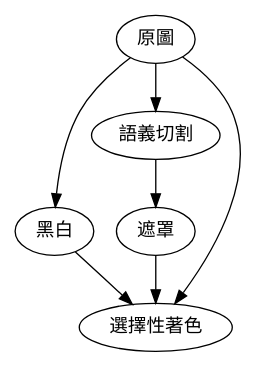
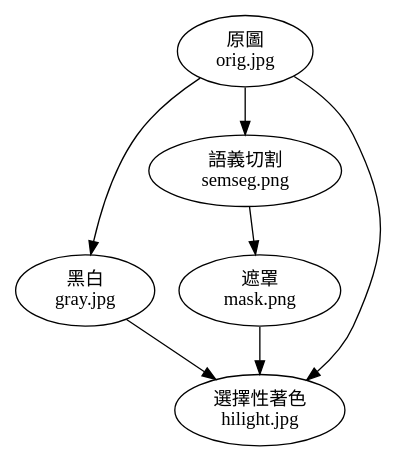
One commit to ckhung/ckhung.github.io changed the diagram in a/m/17/mask-flow.dot. Above: the diagram before and after it, drawn with Graphviz. The commit also changed 1 other file, not shown here.

Commit message:
mask-flow.*

```diff
--- a/a/m/17/mask-flow.dot
+++ b/a/m/17/mask-flow.dot
@@ -1,16 +1,16 @@
 digraph "遮罩上色流程" {
 
     rankdir = TB;
     overlap = scale;
 
-    orig [ label="原圖"; ];
-    gray [ label="黑白"; ];
-    semseg [ label="語義切割"; ];
-    mask [ label="遮罩"; ];
-    hilight [ label="選擇性著色"; ];
+    orig [ label="原圖\norig.jpg"; ];
+    gray [ label="黑白\ngray.jpg"; ];
+    semseg [ label="語義切割\nsemseg.png"; ];
+    mask [ label="遮罩\nmask.png"; ];
+    hilight [ label="選擇性著色\nhilight.jpg"; ];
 
     orig -> gray
     orig -> semseg
     semseg -> mask
     { gray orig mask } -> hilight
 }
```
